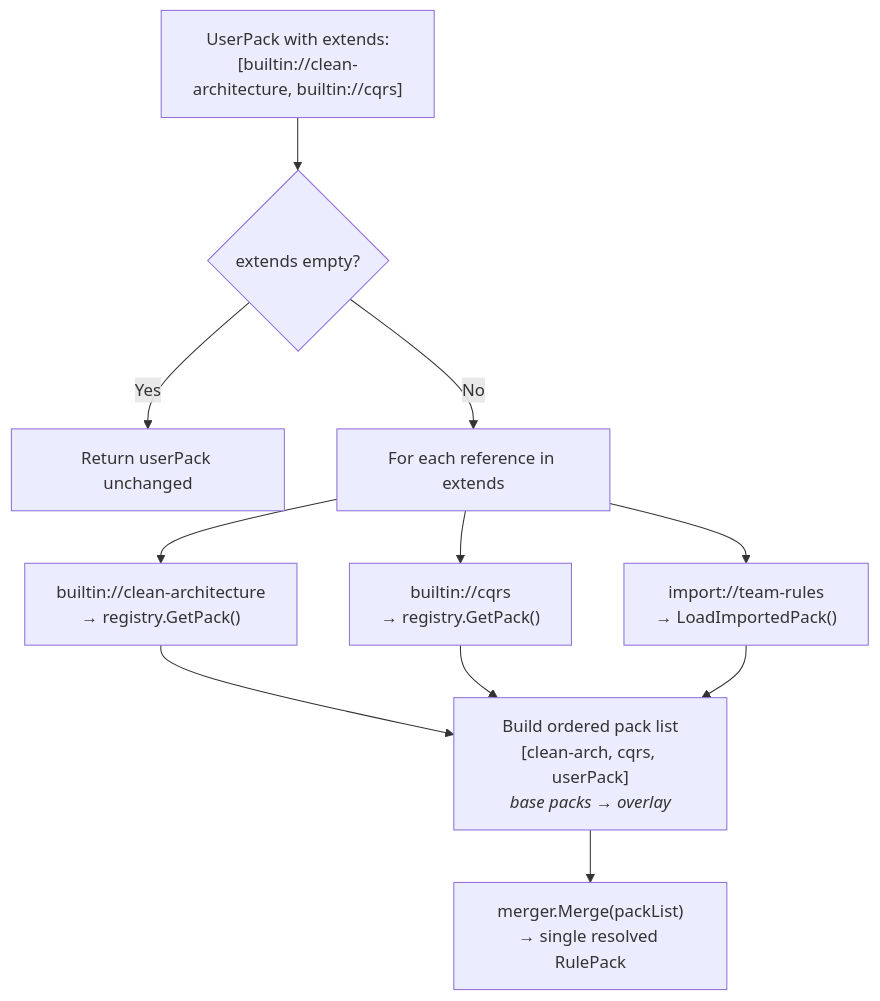
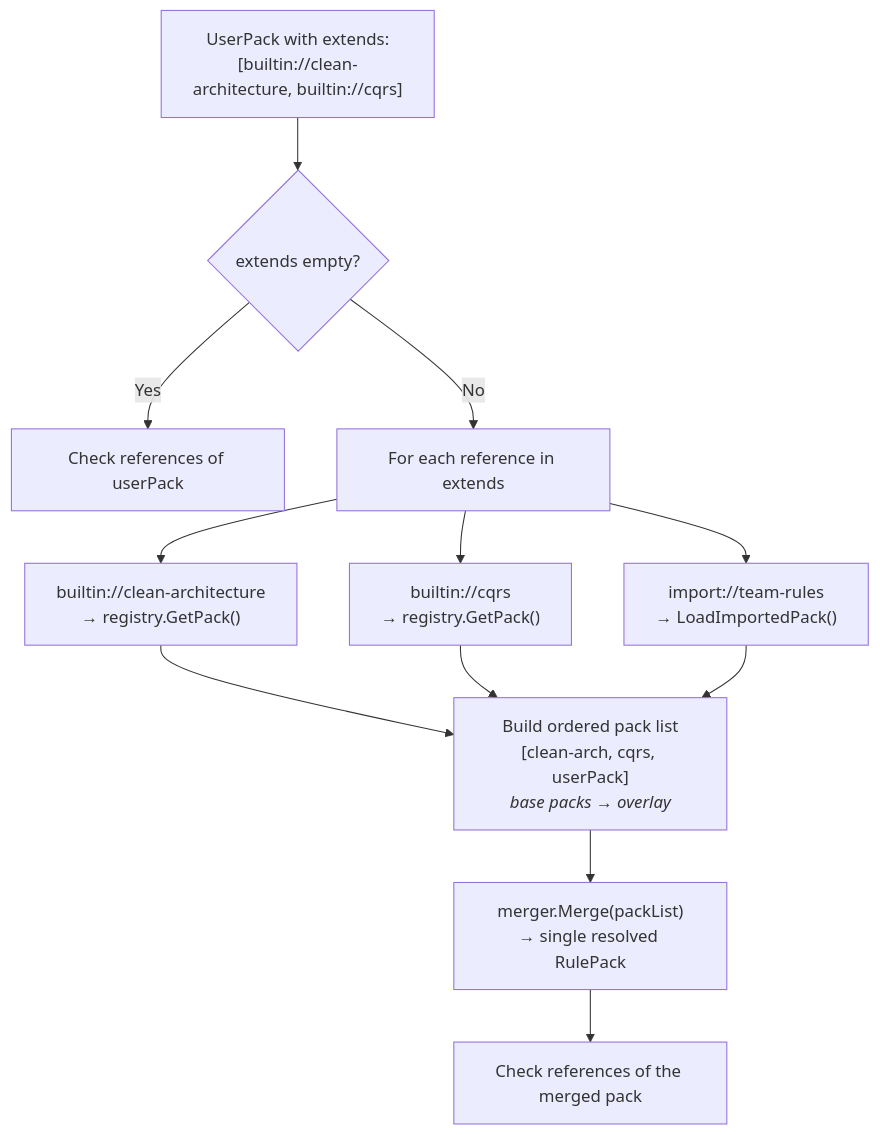
One commit to MarcelRoozekrans/Ariadne.NET changed the second of 2 diagrams in docs-site/docs/how-it-works/04-rule-loading.md. Above: the diagram before and after it, drawn with Mermaid. The commit also changed other lines of this file and 7 other files, not shown here.

````diff
--- a/docs-site/docs/how-it-works/04-rule-loading.md
+++ b/docs-site/docs/how-it-works/04-rule-loading.md
@@ -99,13 +102,14 @@
 ```mermaid
 flowchart TD
     A["UserPack with extends:<br/>[builtin://clean-architecture, builtin://cqrs]"] --> B{extends empty?}
-    B -->|Yes| C["Return userPack unchanged"]
+    B -->|Yes| C["Check references of userPack"]
     B -->|No| D["For each reference in extends"]
     D --> E["builtin://clean-architecture<br/>→ registry.GetPack()"]
     D --> F["builtin://cqrs<br/>→ registry.GetPack()"]
     D --> G["import://team-rules<br/>→ LoadImportedPack()"]
     E --> H["Build ordered pack list<br/>[clean-arch, cqrs, userPack]<br/><i>base packs → overlay</i>"]
     F --> H
     G --> H
     H --> I["merger.Merge(packList)<br/>→ single resolved RulePack"]
+    I --> J["Check references of the merged pack"]
 ```
````
